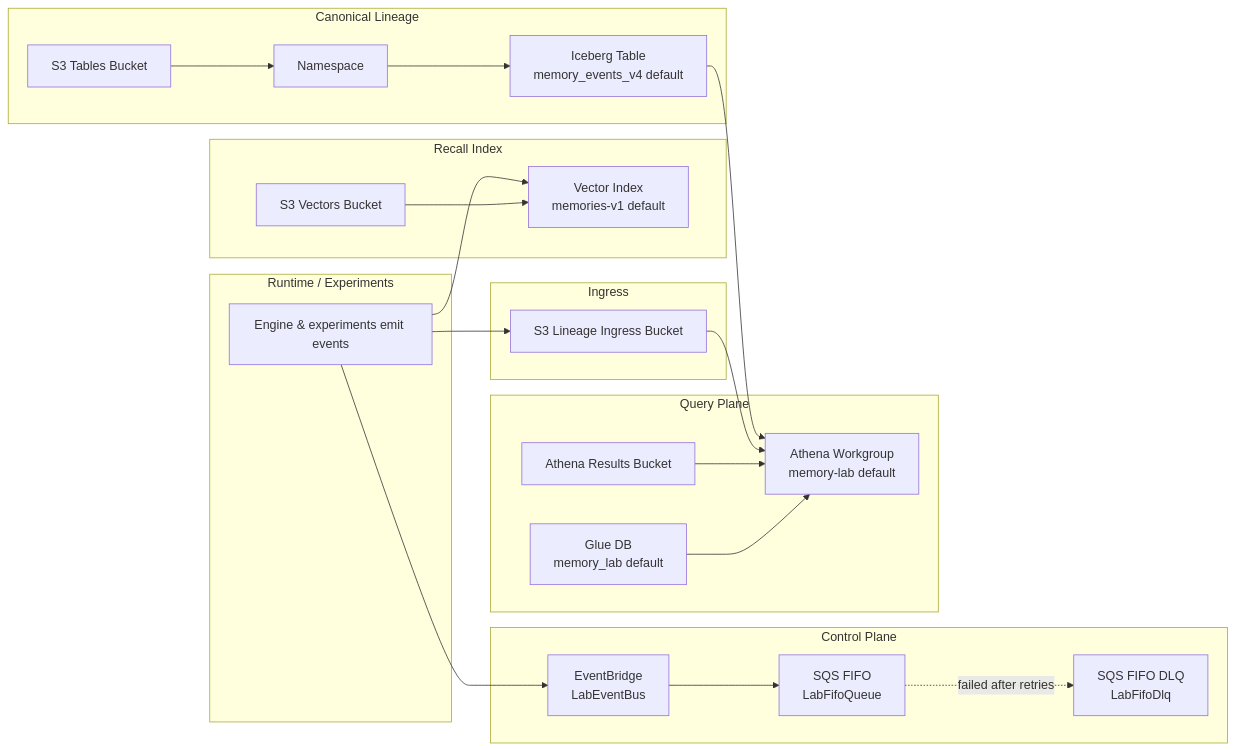
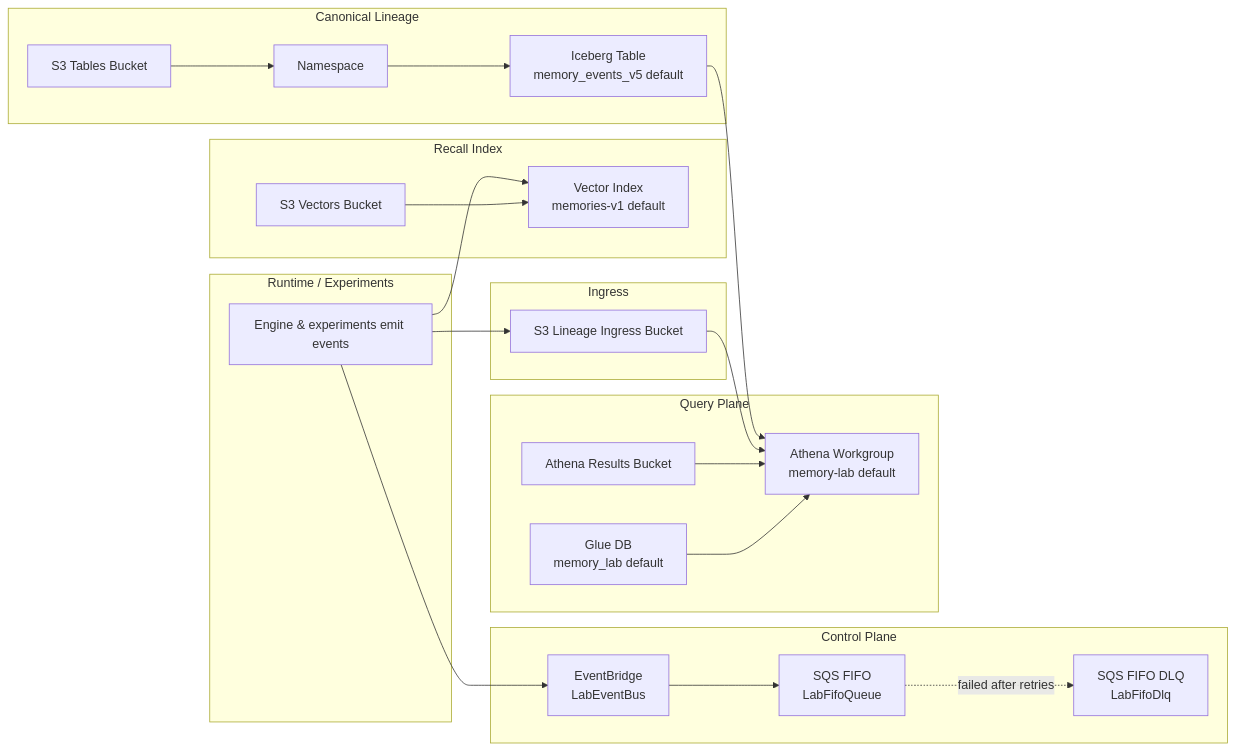
One commit to stack-research/memory changed the diagram in stacks/README.md. Above: the diagram before and after it, drawn with Mermaid. The commit also changed other lines of this file and 19 other files, not shown here.

````diff
--- a/stacks/README.md
+++ b/stacks/README.md
@@ -130,46 +130,46 @@
 ```mermaid
 flowchart LR
     subgraph Producers[Runtime / Experiments]
       P[Engine & experiments emit events]
     end
 
     subgraph ControlPlane[Control Plane]
       EB[EventBridge\nLabEventBus]
       Q[SQS FIFO\nLabFifoQueue]
       DLQ[SQS FIFO DLQ\nLabFifoDlq]
       EB --> Q
       Q -. failed after retries .-> DLQ
     end
 
     subgraph Ingress[Ingress]
       IB[S3 Lineage Ingress Bucket]
     end
 
     subgraph Canonical[Canonical Lineage]
       TB[S3 Tables Bucket]
       NS[Namespace]
-      LT[Iceberg Table\nmemory_events_v4 default]
+      LT[Iceberg Table\nmemory_events_v5 default]
       TB --> NS --> LT
     end
 
     subgraph Recall[Recall Index]
       VB[S3 Vectors Bucket]
       VI[Vector Index\nmemories-v1 default]
       VB --> VI
     end
 
     subgraph Query[Query Plane]
       GDB[Glue DB\nmemory_lab default]
       ARB[Athena Results Bucket]
       WG[Athena Workgroup\nmemory-lab default]
       GDB --> WG
       ARB --> WG
     end
 
     P --> IB
     P --> EB
     P --> VI
 
     IB --> WG
     LT --> WG
 ```
````
